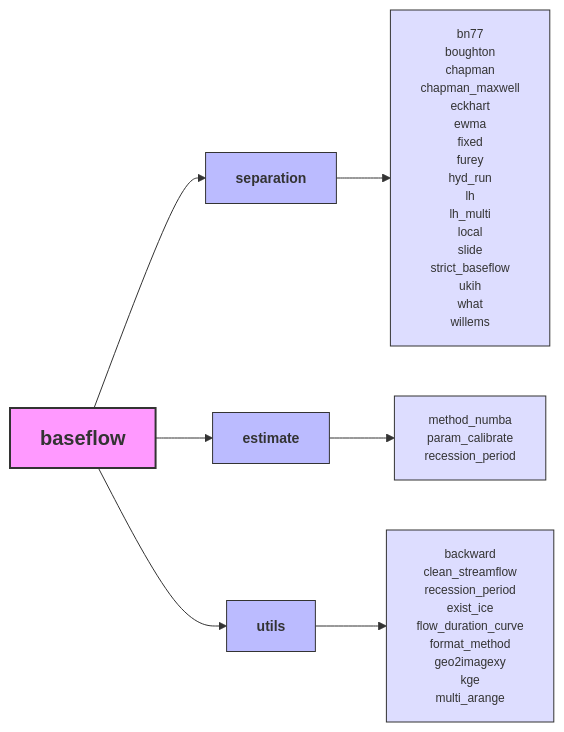
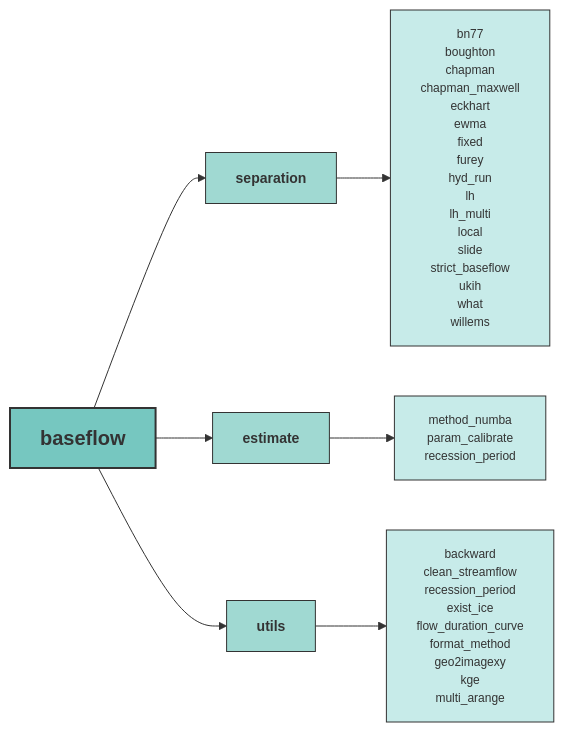
One commit to BYU-Hydroinformatics/baseflow changed the diagram in docs/index.md. Above: the diagram before and after it, drawn with Mermaid.

Commit message:
change the color of the flowchart

````diff
--- a/docs/index.md
+++ b/docs/index.md
@@ -47,73 +47,73 @@
 ```mermaid
 %%{init: {
   'theme': 'base', 
   'themeVariables': { 
     'fontSize': '16px', 
     'fontFamily': 'Arial'
   },
   'flowchart': {
     'nodeSpacing': 15,
     'rankSpacing': 30,
     'curve': 'basis'
   }
   "flowchart": {"htmlLabels": false}
 }}%%
 graph LR
     %% Define styles
-    classDef default fill:#f9f,stroke:#333,stroke-width:2px;
-    classDef secondLevel fill:#bbf,stroke:#333,stroke-width:1px,font-size:14px;
-    classDef thirdLevel fill:#ddf,stroke:#333,stroke-width:1px,font-size:12px;
+    classDef default fill:#76c7c0,stroke:#333,stroke-width:2px;
+    classDef secondLevel fill:#a0d9d2,stroke:#333,stroke-width:1px,font-size:14px;
+    classDef thirdLevel fill:#c7ebe9,stroke:#333,stroke-width:1px,font-size:12px;
 
     A[baseflow]:::default
     B[separation]:::secondLevel
     C[estimate]:::secondLevel
     D[utils]:::secondLevel
 
     A --> B
     A --> C
     A --> D
 
     newLines1["`bn77
     boughton
     chapman
     chapman_maxwell
     eckhart
     ewma
     fixed
     furey
     hyd_run
     lh
     lh_multi
     local
     slide
     strict_baseflow
     ukih
     what
     willems`"]:::thirdLevel
     B --> newLines1
 
     newLines2["`method_numba
     param_calibrate
     recession_period
     `"]:::thirdLevel
     C --> newLines2
     
     newLines3["`backward
     clean_streamflow
     recession_period
     exist_ice
     flow_duration_curve
     format_method
     geo2imagexy
     kge
     multi_arange
     `"]:::thirdLevel
     D --> newLines3
 
 
     %% Custom styles for specific nodes
-    style A font-size:20px,font-weight:bold
+    style A font-size:20px,font-weight:bold,mainBkg:#005f73
     style B font-weight:bold
     style C font-weight:bold
     style D font-weight:bold
 ```
````
